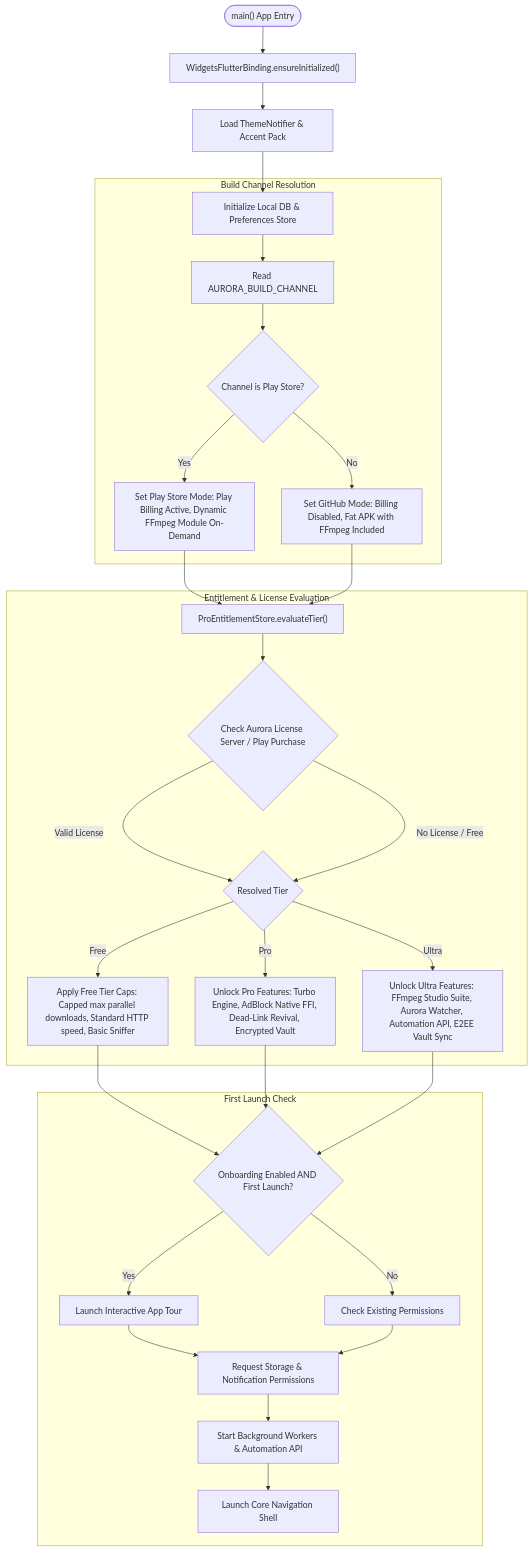
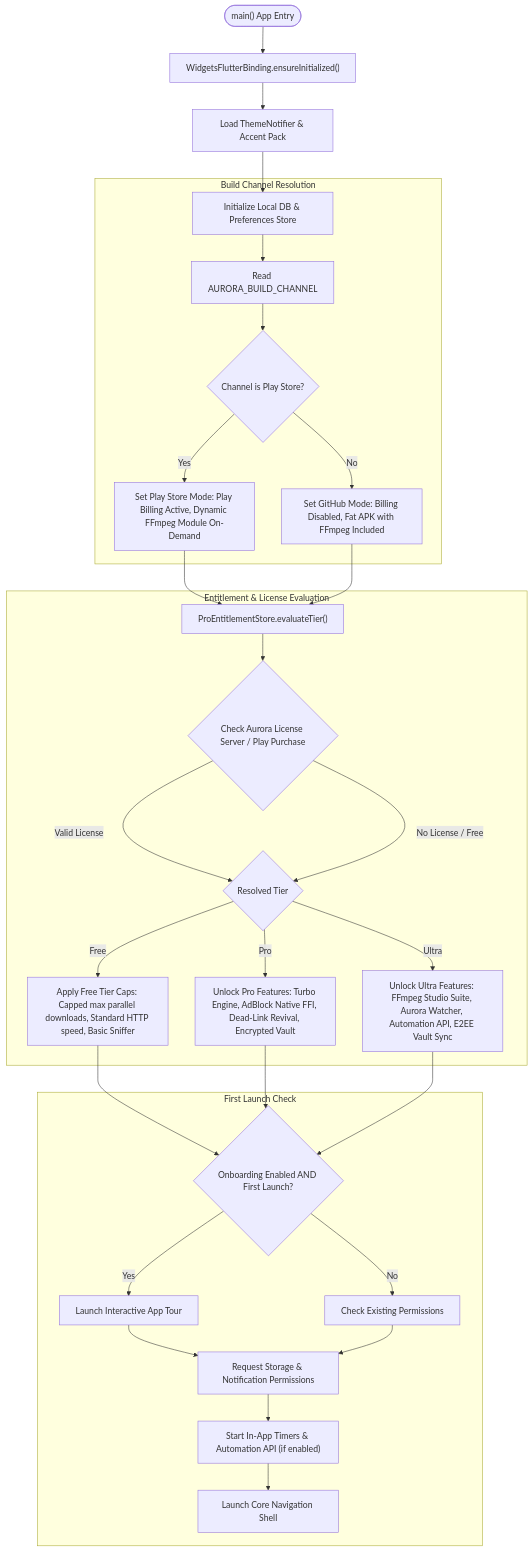
One commit to 52191314/mobile-downloader-browser changed the second of 3 diagrams in README.md. Above: the diagram before and after it, drawn with Mermaid. The commit also changed other lines of this file and 40 other files, not shown here.

````diff
--- a/README.md
+++ b/README.md
@@ -99,38 +99,38 @@
 ```mermaid
 flowchart TD
     Start(["main() App Entry"]) --> InitFlutter["WidgetsFlutterBinding.ensureInitialized()"]
     InitFlutter --> LoadTheme["Load ThemeNotifier & Accent Pack"]
     LoadTheme --> InitDB["Initialize Local DB & Preferences Store"]
 
     subgraph ChannelResolution ["Build Channel Resolution"]
         InitDB --> ReadChannel["Read AURORA_BUILD_CHANNEL"]
         ReadChannel --> IsPlay{"Channel is Play Store?"}
         IsPlay -- Yes --> PlaySetup["Set Play Store Mode: Play Billing Active, Dynamic FFmpeg Module On-Demand"]
         IsPlay -- No --> GithubSetup["Set GitHub Mode: Billing Disabled, Fat APK with FFmpeg Included"]
     end
 
     subgraph LicenseCheck ["Entitlement & License Evaluation"]
         PlaySetup --> EvalTier["ProEntitlementStore.evaluateTier()"]
         GithubSetup --> EvalTier
         EvalTier --> LicenseServerCheck{"Check Aurora License Server / Play Purchase"}
         LicenseServerCheck -- Valid License --> TierResult{"Resolved Tier"}
         LicenseServerCheck -- No License / Free --> TierResult
 
         TierResult -- Free --> FreeLimits["Apply Free Tier Caps: Capped max parallel downloads, Standard HTTP speed, Basic Sniffer"]
         TierResult -- Pro --> ProUnlocks["Unlock Pro Features: Turbo Engine, AdBlock Native FFI, Dead-Link Revival, Encrypted Vault"]
         TierResult -- Ultra --> UltraUnlocks["Unlock Ultra Features: FFmpeg Studio Suite, Aurora Watcher, Automation API, E2EE Vault Sync"]
     end
 
     subgraph OnboardingFlow ["First Launch Check"]
         FreeLimits --> CheckFirstLaunch{"Onboarding Enabled AND First Launch?"}
         ProUnlocks --> CheckFirstLaunch
         UltraUnlocks --> CheckFirstLaunch
 
         CheckFirstLaunch -- Yes --> TourPage["Launch Interactive App Tour"]
         TourPage --> RequestPermissions["Request Storage & Notification Permissions"]
         CheckFirstLaunch -- No --> CheckPerms["Check Existing Permissions"]
         CheckPerms --> RequestPermissions
-        RequestPermissions --> StartServices["Start Background Workers & Automation API"]
+        RequestPermissions --> StartServices["Start In-App Timers & Automation API (if enabled)"]
         StartServices --> LaunchShell["Launch Core Navigation Shell"]
     end
 ```
````
